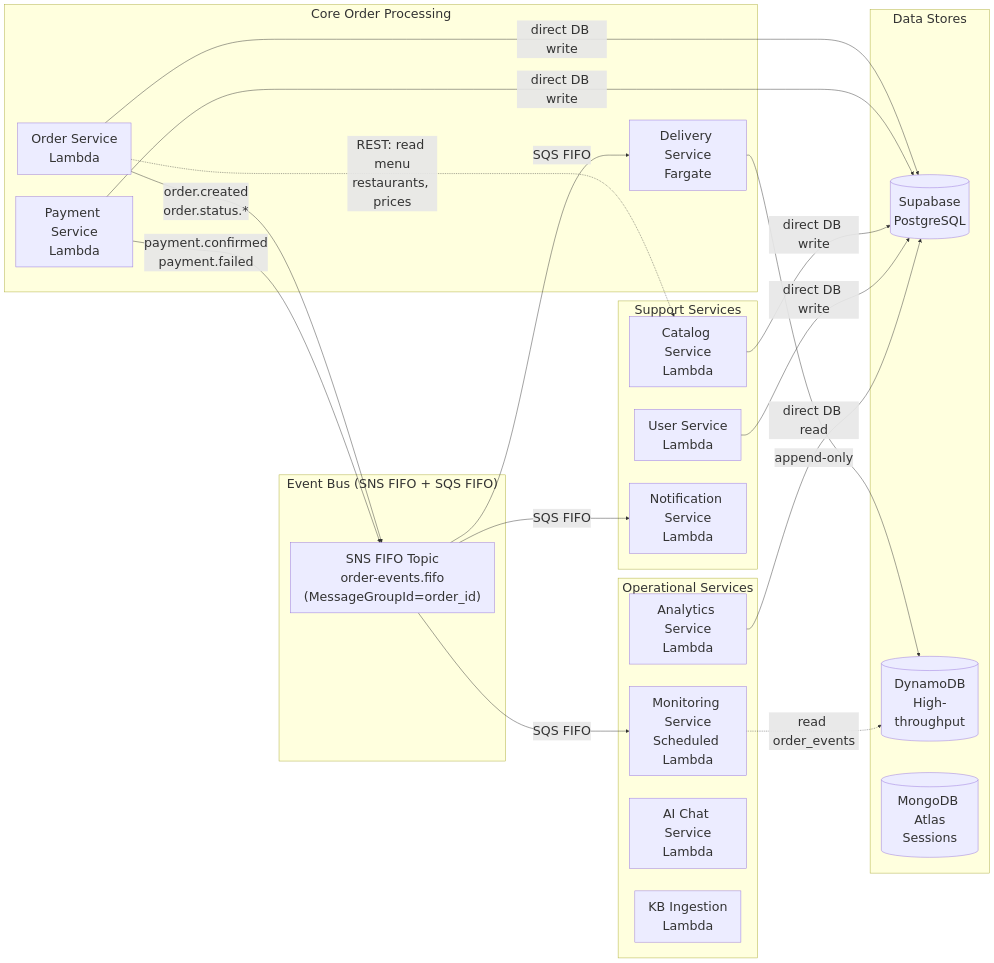
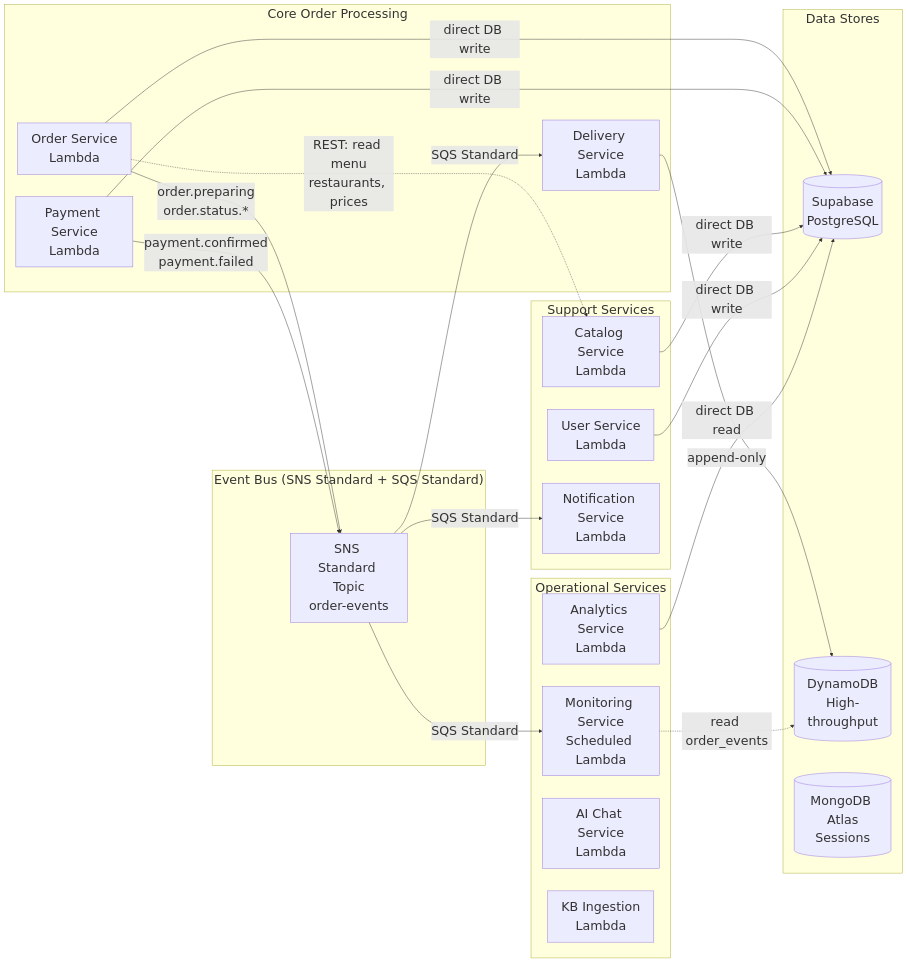
Before and after one commit to food-delivery-platform/docs: the third of 10 diagrams in ARCHITECTURE.md, drawn with Mermaid. The commit also changed other lines of this file and 1 other file, not shown here.

Commit message:
simplified project structure - and delivery service

````diff
--- a/ARCHITECTURE.md
+++ b/ARCHITECTURE.md
@@ -229,53 +228,53 @@
 ```mermaid
 ---
 config:
   theme: default
   themeVariables:
     fontSize: "28px"
 ---
 graph LR
     subgraph Core["Core Order Processing"]
         OS[Order Service\nLambda]
-        DS[Delivery Service\nFargate]
+        DS[Delivery Service\nLambda]
         PS[Payment Service\nLambda]
     end
 
     subgraph Support["Support Services"]
         US[User Service\nLambda]
         CS[Catalog Service\nLambda]
         NS[Notification Service\nLambda]
     end
 
     subgraph Ops["Operational Services"]
         MS[Monitoring Service\nScheduled Lambda]
         AS[Analytics Service\nLambda]
         AIS[AI Chat Service\nLambda]
         KBS[KB Ingestion\nLambda]
     end
 
-    subgraph EventBus["Event Bus (SNS FIFO + SQS FIFO)"]
-        SNF["SNS FIFO Topic\norder-events.fifo\n(MessageGroupId=order_id)"]
+    subgraph EventBus["Event Bus (SNS Standard + SQS Standard)"]
+        SNF["SNS Standard Topic\norder-events"]
     end
 
     subgraph Data["Data Stores"]
         SB[(Supabase\nPostgreSQL)]
         DY[(DynamoDB\nHigh-throughput)]
         MDB[(MongoDB Atlas\nSessions)]
     end
 
-    OS -->|order.created\norder.status.*| SNF
+    OS -->|order.preparing\norder.status.*| SNF
     PS -->|payment.confirmed\npayment.failed| SNF
-    SNF -->|SQS FIFO| DS
-    SNF -->|SQS FIFO| NS
-    SNF -->|SQS FIFO| MS
+    SNF -->|SQS Standard| DS
+    SNF -->|SQS Standard| NS
+    SNF -->|SQS Standard| MS
     
     OS -->|direct DB write| SB
     OS -.->|REST: read menu\nrestaurants, prices| CS
     PS -->|direct DB write| SB
     CS -->|direct DB write| SB
     US -->|direct DB write| SB
     DS -->|append-only| DY
     
     MS -.->|read order_events| DY
     AS -->|direct DB read| SB
 ```
````
